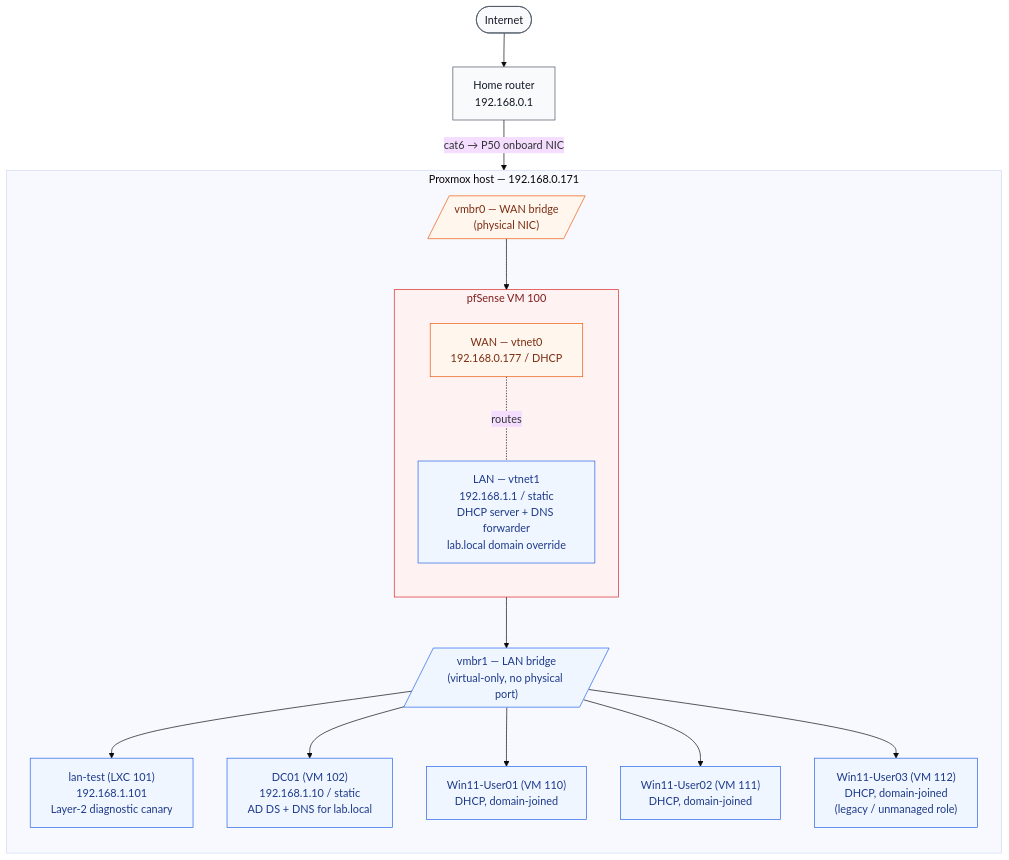
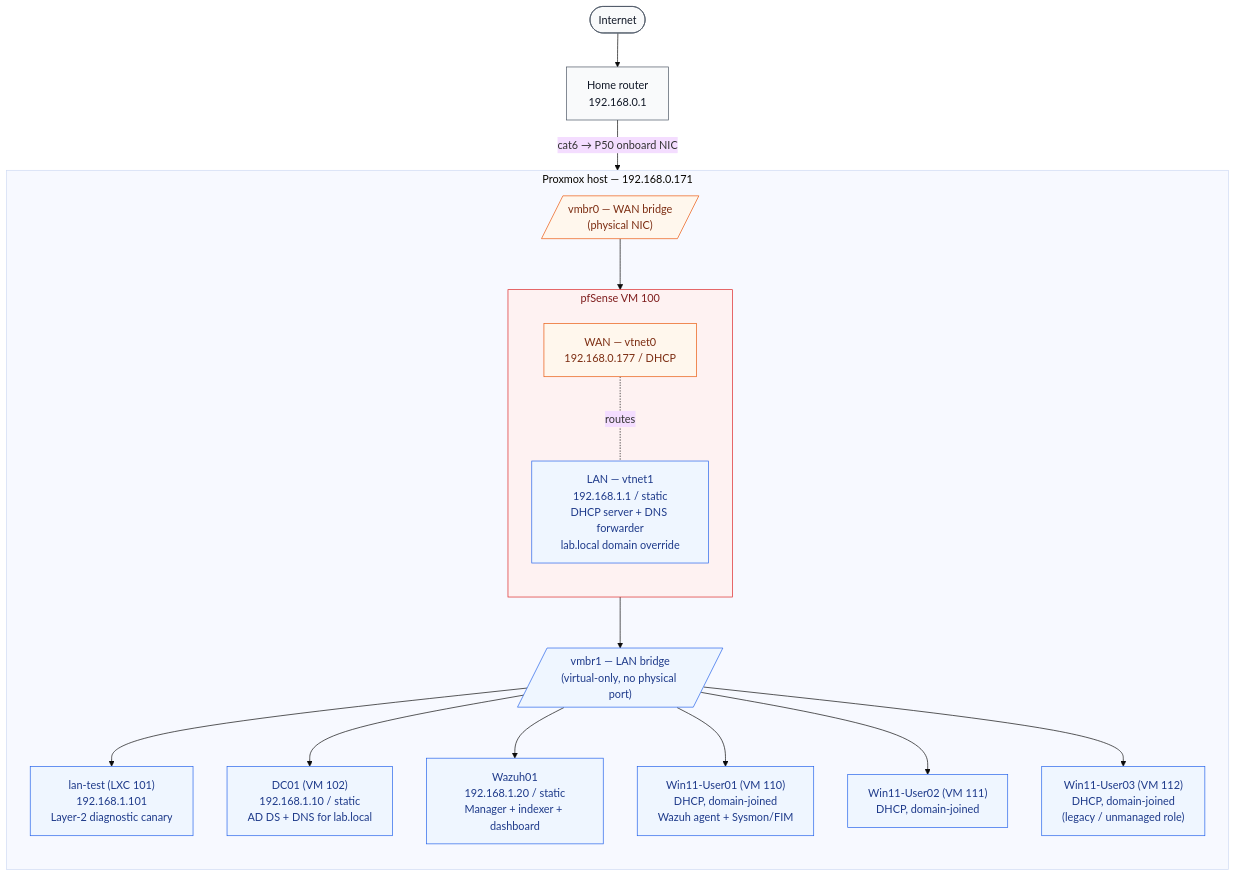
One commit to tawolude/proxmox-lab-baseline changed the diagram in docs/topology.md. Above: the diagram before and after it, drawn with Mermaid (base theme). The commit also changed other lines of this file and 3 other files, not shown here.

````diff
--- a/docs/topology.md
+++ b/docs/topology.md
@@ -7,45 +7,47 @@
 ```mermaid
 flowchart TB
     Internet([Internet])
     Router["Home router<br/>192.168.0.1"]
 
     subgraph proxmox["Proxmox host — 192.168.0.171"]
         direction TB
         vmbr0[/"vmbr0 — WAN bridge<br/>(physical NIC)"/]
 
         subgraph pfsense["pfSense VM 100"]
             direction TB
             wan["WAN — vtnet0<br/>192.168.0.177 / DHCP"]
             lan["LAN — vtnet1<br/>192.168.1.1 / static<br/>DHCP server + DNS forwarder<br/>lab.local domain override"]
         end
 
         vmbr1[/"vmbr1 — LAN bridge<br/>(virtual-only, no physical port)"/]
 
         lantest["lan-test (LXC 101)<br/>192.168.1.101<br/>Layer-2 diagnostic canary"]
         dc01["DC01 (VM 102)<br/>192.168.1.10 / static<br/>AD DS + DNS for lab.local"]
-        user01["Win11-User01 (VM 110)<br/>DHCP, domain-joined"]
+        wazuh01["Wazuh01<br/>192.168.1.20 / static<br/>Manager + indexer + dashboard"]
+        user01["Win11-User01 (VM 110)<br/>DHCP, domain-joined<br/>Wazuh agent + Sysmon/FIM"]
         user02["Win11-User02 (VM 111)<br/>DHCP, domain-joined"]
         user03["Win11-User03 (VM 112)<br/>DHCP, domain-joined<br/>(legacy / unmanaged role)"]
     end
 
     Internet --> Router
     Router -->|cat6 → P50 onboard NIC| vmbr0
     vmbr0 --> wan
     wan -.routes.- lan
     lan --> vmbr1
     vmbr1 --> lantest
     vmbr1 --> dc01
+    vmbr1 --> wazuh01
     vmbr1 --> user01
     vmbr1 --> user02
     vmbr1 --> user03
 
     classDef extNode  fill:#f9fafb,stroke:#4b5563,color:#111827
     classDef wanNode  fill:#fff7ed,stroke:#ea580c,color:#7c2d12
     classDef lanNode  fill:#eff6ff,stroke:#2563eb,color:#1e3a8a
     classDef fwNode   fill:#fef2f2,stroke:#dc2626,color:#7f1d1d
 
     class Internet,Router extNode
     class vmbr0,wan wanNode
-    class lan,vmbr1,lantest,dc01,user01,user02,user03 lanNode
+    class lan,vmbr1,lantest,dc01,wazuh01,user01,user02,user03 lanNode
     class pfsense fwNode
 ```
````
